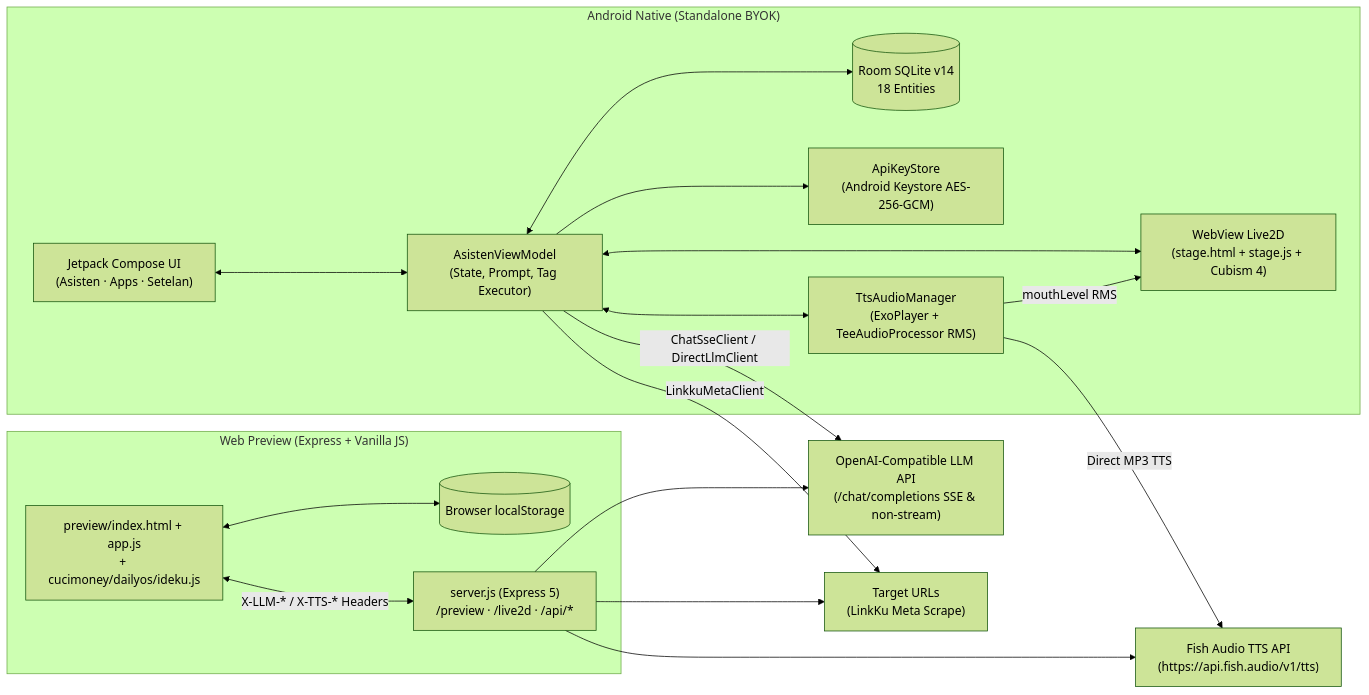
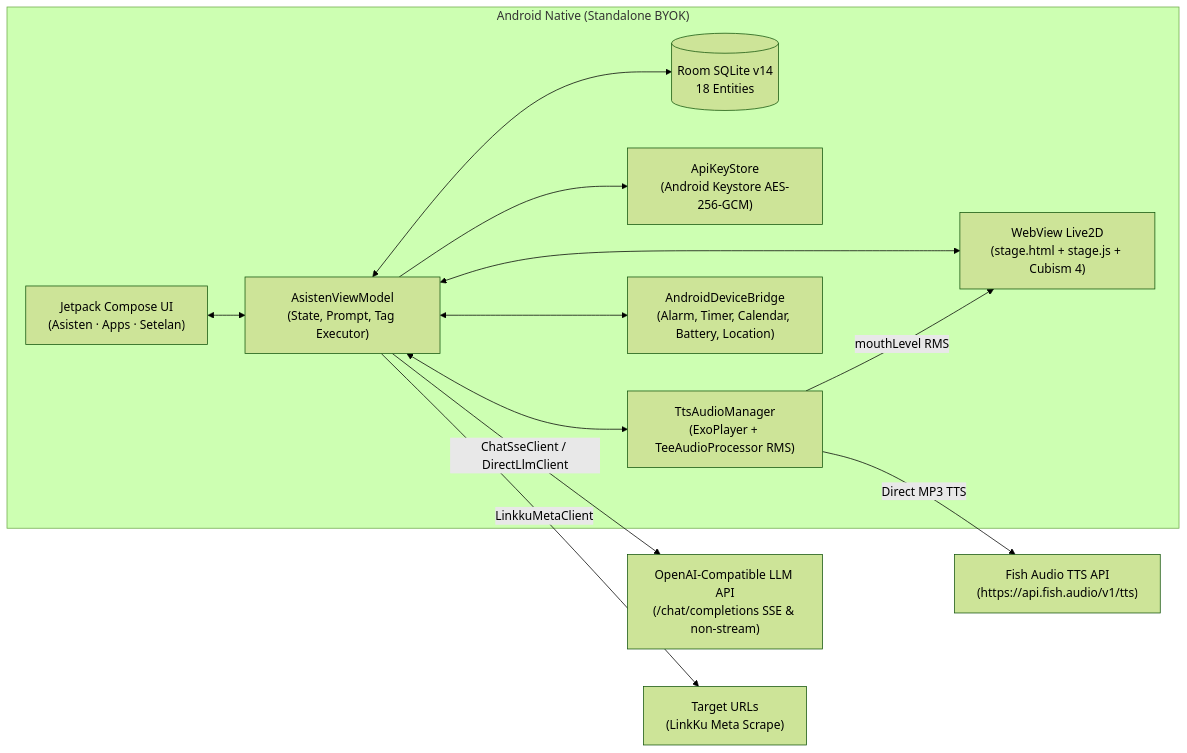
The diagram in README.md (wisnuwrdh/Rem-assistant), drawn with Mermaid (forest theme) before and after one commit. The commit also changed other lines of this file and 44 other files, not shown here.

````diff
--- a/README.md
+++ b/README.md
@@ -29,36 +27,27 @@
 ```mermaid
 flowchart LR
     subgraph Android["Android Native (Standalone BYOK)"]
         UI["Jetpack Compose UI\n(Asisten · Apps · Setelan)"]
         VM["AsistenViewModel\n(State, Prompt, Tag Executor)"]
         DB[("Room SQLite v14\n18 Entities")]
         KS["ApiKeyStore\n(Android Keystore AES-256-GCM)"]
         WV["WebView Live2D\n(stage.html + stage.js + Cubism 4)"]
         EXO["TtsAudioManager\n(ExoPlayer + TeeAudioProcessor RMS)"]
+        DEV["AndroidDeviceBridge\n(Alarm, Timer, Calendar, Battery, Location)"]
         UI <--> VM
         VM <--> DB
         VM --> KS
         VM <--> WV
         VM <--> EXO
+        VM <--> DEV
         EXO -->|mouthLevel RMS| WV
-    end
-
-    subgraph Web["Web Preview (Express + Vanilla JS)"]
-        PUI["preview/index.html + app.js\n+ cucimoney/dailyos/ideku.js"]
-        LS[("Browser localStorage")]
-        SRV["server.js (Express 5)\n/preview · /live2d · /api/*"]
-        PUI <--> LS
-        PUI <-->|X-LLM-* / X-TTS-* Headers| SRV
     end
 
     LLM["OpenAI-Compatible LLM API\n(/chat/completions SSE & non-stream)"]
     FISH["Fish Audio TTS API\n(https://api.fish.audio/v1/tts)"]
     WEB["Target URLs\n(LinkKu Meta Scrape)"]
 
     VM -->|ChatSseClient / DirectLlmClient| LLM
     EXO -->|Direct MP3 TTS| FISH
     VM -->|LinkkuMetaClient| WEB
-    SRV --> LLM
-    SRV --> FISH
-    SRV --> WEB
 ```
````
